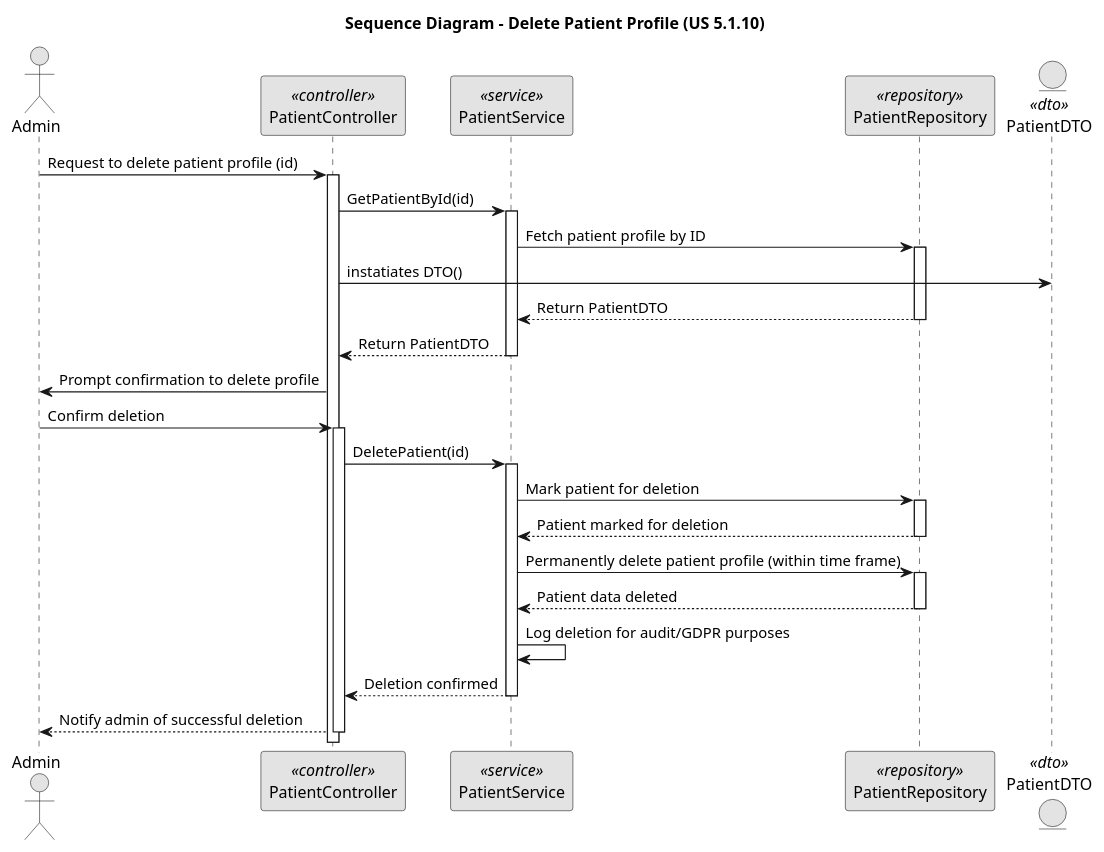
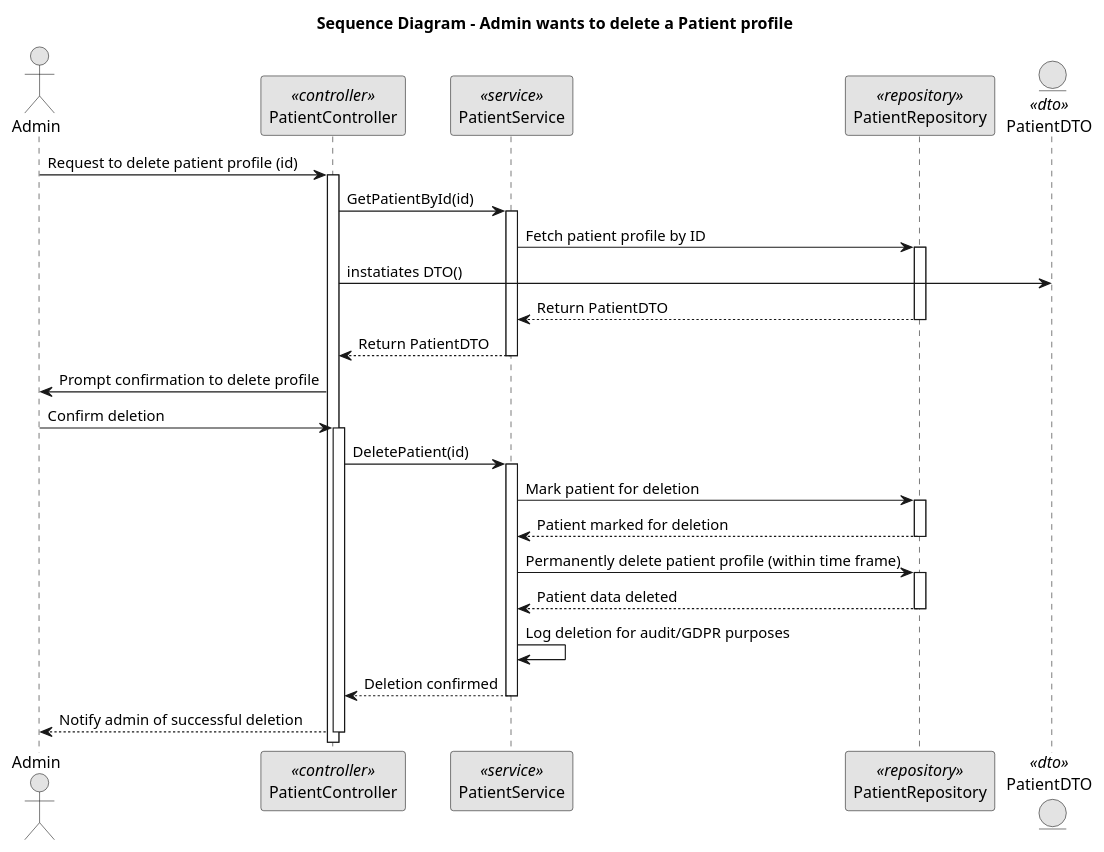
The diagram in Docs/1190503/US5_1_10/us_5_1_10_sd.puml (Educ00/Sem5Pi2425), drawn with PlantUML before and after one commit. The commit also changed 1 other file, not shown here.

```diff
--- a/Docs/1190503/US5_1_10/us_5_1_10_sd.puml
+++ b/Docs/1190503/US5_1_10/us_5_1_10_sd.puml
@@ -1,54 +1,54 @@
 @startuml
 skinparam monochrome true
 skinparam packageStyle rectangle
 skinparam shadowing false
 
-title Sequence Diagram - Delete Patient Profile (US 5.1.10)
+title Sequence Diagram - Admin wants to delete a Patient profile
 
 actor "Admin" as Admin
 participant "PatientController" as Controller <<controller>>
 participant "PatientService" as Service <<service>>
 participant "PatientRepository" as Repo <<repository>>
 entity "PatientDTO" as PatientDTO <<dto>>
 
 Admin -> Controller: Request to delete patient profile (id)
 activate Controller
 
     Controller -> Service: GetPatientById(id)
     activate Service
 
         Service -> Repo: Fetch patient profile by ID
         activate Repo
         Controller -> PatientDTO : instatiates DTO()
         Repo --> Service: Return PatientDTO
         deactivate Repo
 
     Service --> Controller: Return PatientDTO
     deactivate Service
 
 Controller -> Admin: Prompt confirmation to delete profile
 Admin -> Controller: Confirm deletion
 activate Controller
 
     Controller -> Service: DeletePatient(id)
     activate Service
 
         Service -> Repo: Mark patient for deletion
         activate Repo
         Repo --> Service: Patient marked for deletion
         deactivate Repo
 
         Service -> Repo: Permanently delete patient profile (within time frame)
         activate Repo
         Repo --> Service: Patient data deleted
         deactivate Repo
 
         Service -> Service: Log deletion for audit/GDPR purposes
 
     Service --> Controller: Deletion confirmed
     deactivate Service
 
 Controller --> Admin: Notify admin of successful deletion
 deactivate Controller
 
 @enduml
```
